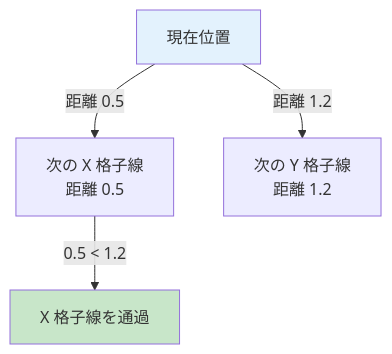
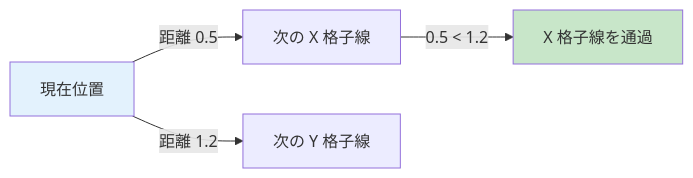
Before and after one commit to Tsunanko/cub3d-guide: the fourth of 4 diagrams in docs/04-dda.md, drawn with Mermaid. The commit also changed other lines of this file and 6 other files, not shown here.

First line of the commit message:
Make Mermaid diagrams fill viewport width and convert vertical flowcharts to horizontal

````diff
--- a/docs/04-dda.md
+++ b/docs/04-dda.md
@@ -155,12 +151,9 @@
 ```mermaid
-flowchart TD
-    Now[現在位置]
-    NextX[次の X 格子線<br>距離 0.5]
-    NextY[次の Y 格子線<br>距離 1.2]
-    Now -- 距離 0.5 --> NextX
-    Now -- 距離 1.2 --> NextY
-    NextX -- 0.5 < 1.2 --> Pick[X 格子線を通過]
+flowchart LR
+    Now[現在位置] -->|距離 0.5| NextX[次の X 格子線]
+    Now -->|距離 1.2| NextY[次の Y 格子線]
+    NextX -->|0.5 < 1.2| Pick[X 格子線を通過]
 
     style Now fill:#E3F2FD
     style Pick fill:#C8E6C9
 ```
````
